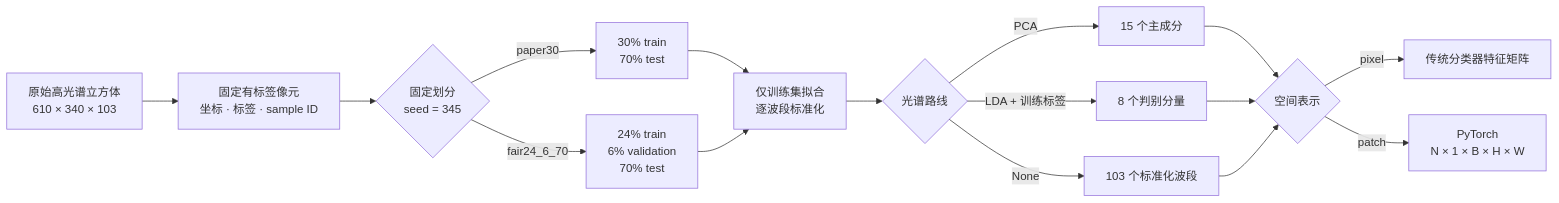
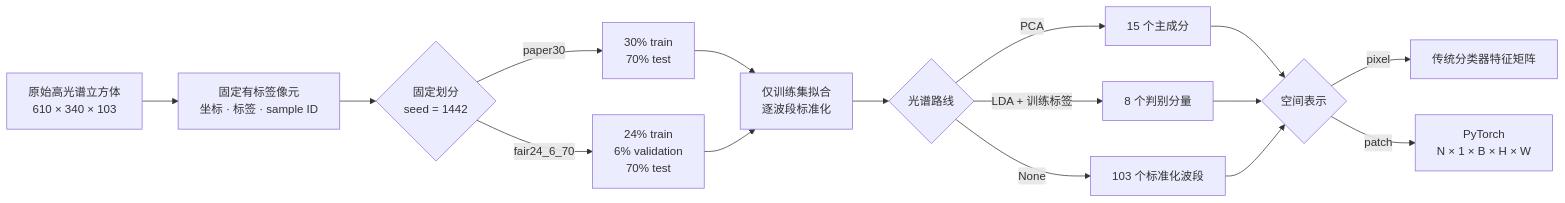
Before and after one commit to TheEtherREAL/hyperspectral-image-classification: the diagram in README.md, drawn with Mermaid. The commit also changed other lines of this file and 147 other files, not shown here.

````diff
--- a/README.md
+++ b/README.md
@@ -44,18 +46,18 @@
 ```mermaid
 flowchart LR
     A["原始高光谱立方体<br/>610 × 340 × 103"] --> B["固定有标签像元<br/>坐标 · 标签 · sample ID"]
-    B --> C{"固定划分<br/>seed = 345"}
+    B --> C{"固定划分<br/>seed = 1442"}
     C -->|"paper30"| D["30% train<br/>70% test"]
     C -->|"fair24_6_70"| E["24% train<br/>6% validation<br/>70% test"]
     D --> F["仅训练集拟合<br/>逐波段标准化"]
     E --> F
     F --> G{"光谱路线"}
     G -->|"PCA"| H["15 个主成分"]
     G -->|"LDA + 训练标签"| I["8 个判别分量"]
     G -->|"None"| J["103 个标准化波段"]
     H --> K{"空间表示"}
     I --> K
     J --> K
     K -->|"pixel"| L["传统分类器特征矩阵"]
     K -->|"patch"| M["PyTorch<br/>N × 1 × B × H × W"]
 ```
````
